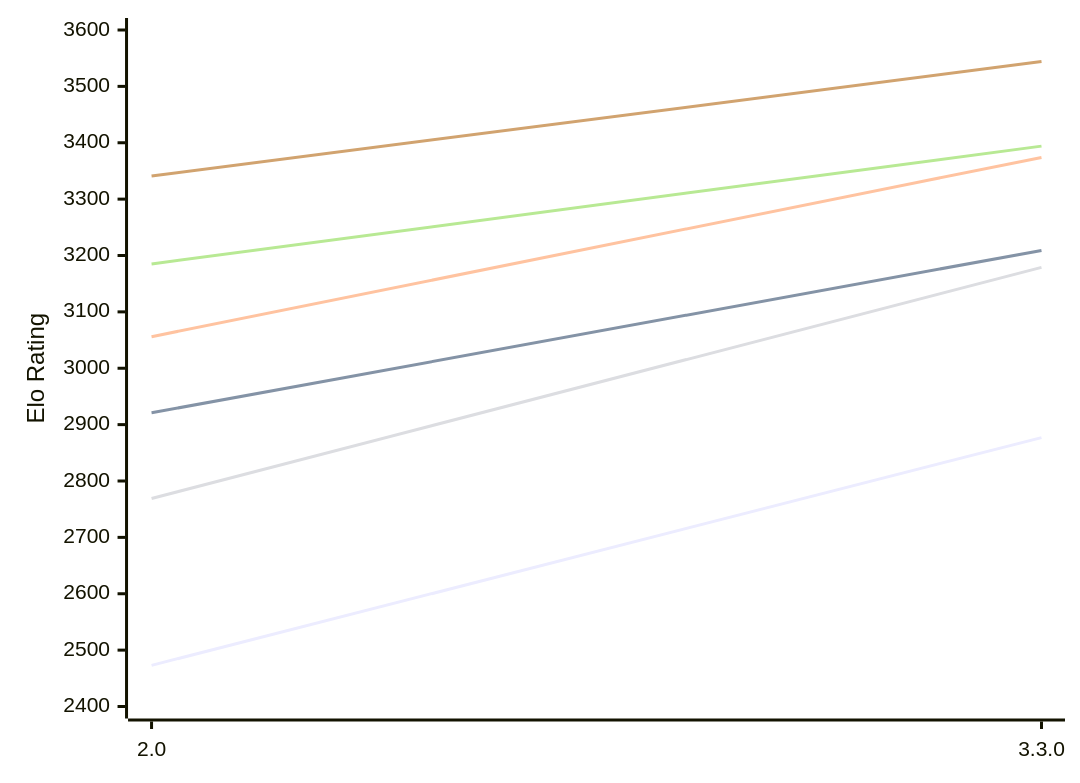
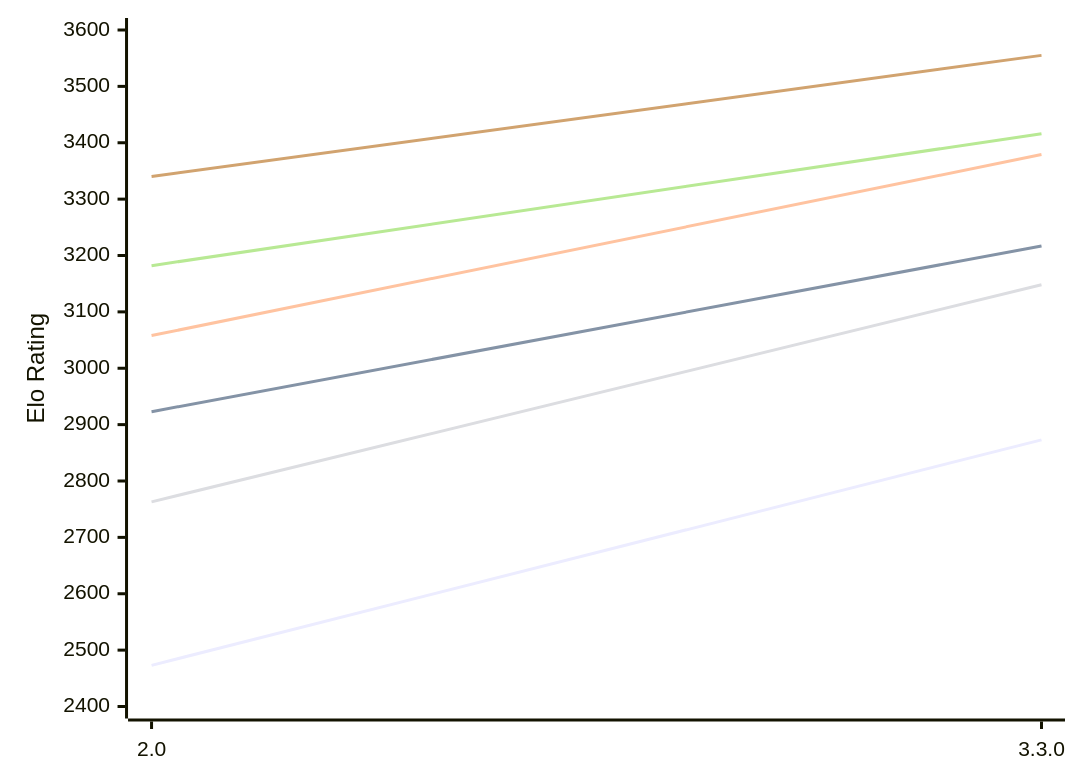
One commit to computer-chess-index/cci changed the diagram in engines/Ravager.md. Above: the diagram before and after it, drawn with Mermaid. The commit also changed other lines of this file, not shown here.

Commit message:
Update CCI Ratings (ELO VLTC) - 2026-10-15

````diff
--- a/engines/Ravager.md
+++ b/engines/Ravager.md
@@ -49,12 +49,12 @@
 ```mermaid
 %%{init: {"theme":"base","themeVariables":{"seriesColors:['#a3a3a3','#222221','#faa371']}}}%%
 xychart-beta
   x-axis ["2.0", "3.3.0"]
   y-axis "Elo Rating" 2400 --> 3600
-  line "E1: STC (8.0+0.08s)" [2473, 2877]
-  line "E1: LTC (60.0+0.60s)" [2921, 3209]
-  line "E1: VLTC (2m24s+1.12s)" [3056, 3374]
-  line "P1: STC (8.0+0.08s)" [2769, 3179]
-  line "P1: LTC (60.0+0.60s)" [3185, 3394]
-  line "P1: VLTC (2m24s+1.12s)" [3341, 3544]
+  line "E1: STC (8.0+0.08s)" [2473, 2873]
+  line "E1: LTC (60.0+0.60s)" [2923, 3217]
+  line "E1: VLTC (2m24s+1.12s)" [3058, 3379]
+  line "P1: STC (8.0+0.08s)" [2763, 3148]
+  line "P1: LTC (60.0+0.60s)" [3182, 3416]
+  line "P1: VLTC (2m24s+1.12s)" [3340, 3555]
 ```
````
